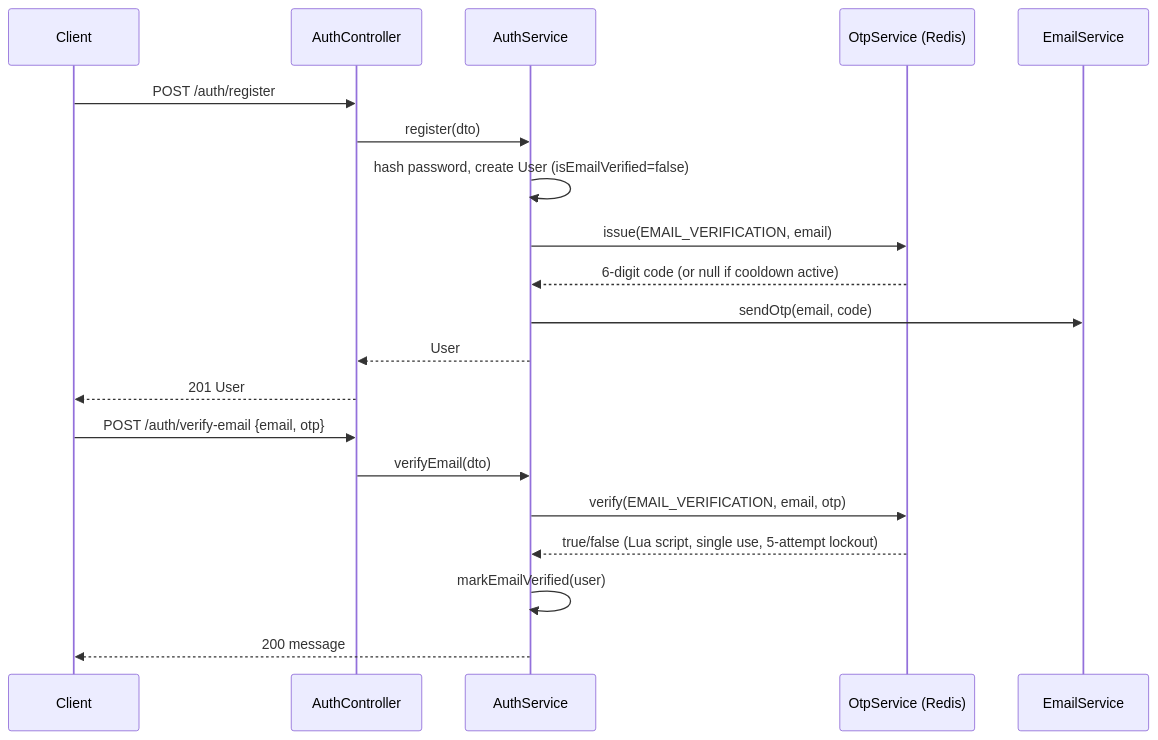
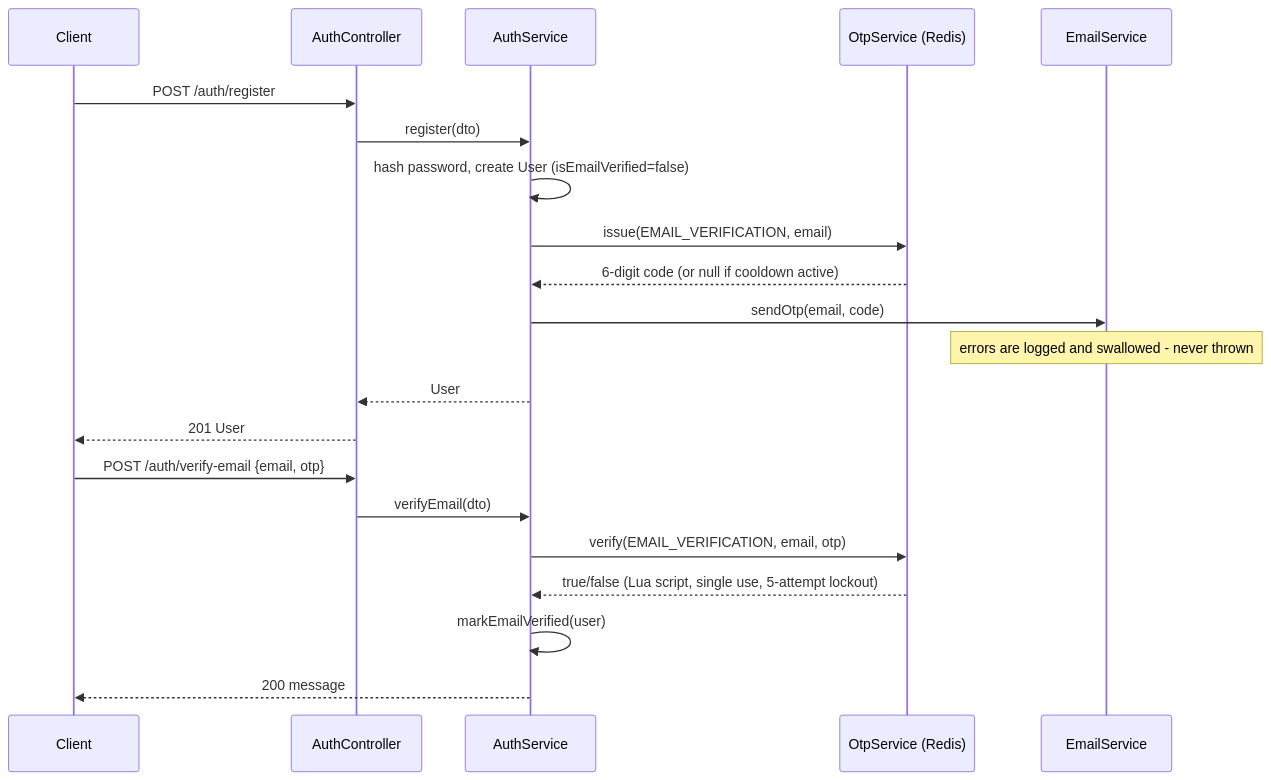
The first of 5 diagrams in docs/authentication.md (Joo-Shohber/Prop-Flow), drawn with Mermaid before and after one commit. The commit also changed other lines of this file and 5 other files, not shown here.

````diff
--- a/docs/authentication.md
+++ b/docs/authentication.md
@@ -87,24 +119,25 @@
 ```mermaid
 sequenceDiagram
     participant C as Client
     participant A as AuthController
     participant S as AuthService
     participant O as OtpService (Redis)
     participant M as EmailService
 
     C->>A: POST /auth/register
     A->>S: register(dto)
     S->>S: hash password, create User (isEmailVerified=false)
     S->>O: issue(EMAIL_VERIFICATION, email)
     O-->>S: 6-digit code (or null if cooldown active)
     S->>M: sendOtp(email, code)
+    Note over M: errors are logged and swallowed - never thrown
     S-->>A: User
     A-->>C: 201 User
 
     C->>A: POST /auth/verify-email {email, otp}
     A->>S: verifyEmail(dto)
     S->>O: verify(EMAIL_VERIFICATION, email, otp)
     O-->>S: true/false (Lua script, single use, 5-attempt lockout)
     S->>S: markEmailVerified(user)
     S-->>C: 200 message
 ```
````
